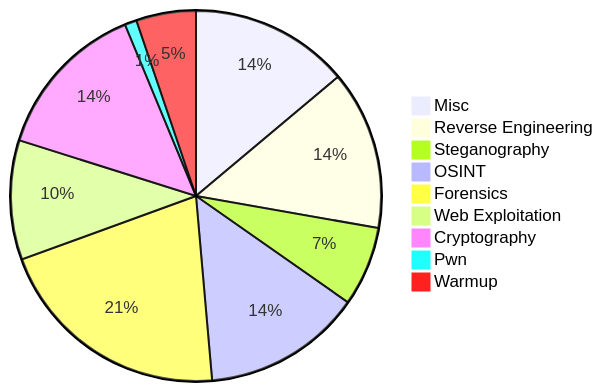
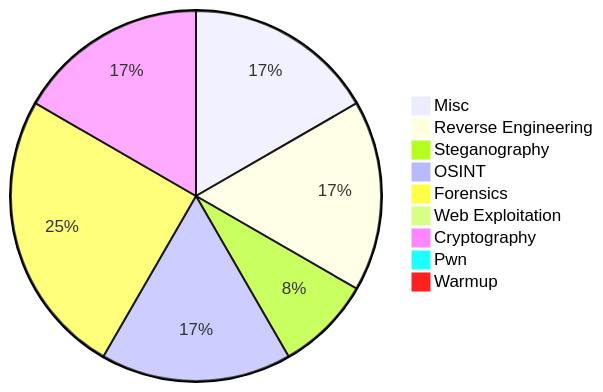
Before and after one commit to jkkniucsc/JKKNIU_CTF_2024: the diagram in ReadMe.md, drawn with Mermaid. The commit also changed other lines of this file, not shown here.

````diff
--- a/ReadMe.md
+++ b/ReadMe.md
@@ -19,12 +19,12 @@
 ```mermaid
 pie
 "Misc": 13.33
 "Reverse Engineering": 13.33
 "Steganography": 6.67
 "OSINT": 13.33
 "Forensics": 20.00
-"Web Exploitation": 10.00
+"Web Exploitation": 0
 "Cryptography": 13.33
-"Pwn": 1
-"Warmup": 5
+"Pwn": 0
+"Warmup": 0
 ```
````
